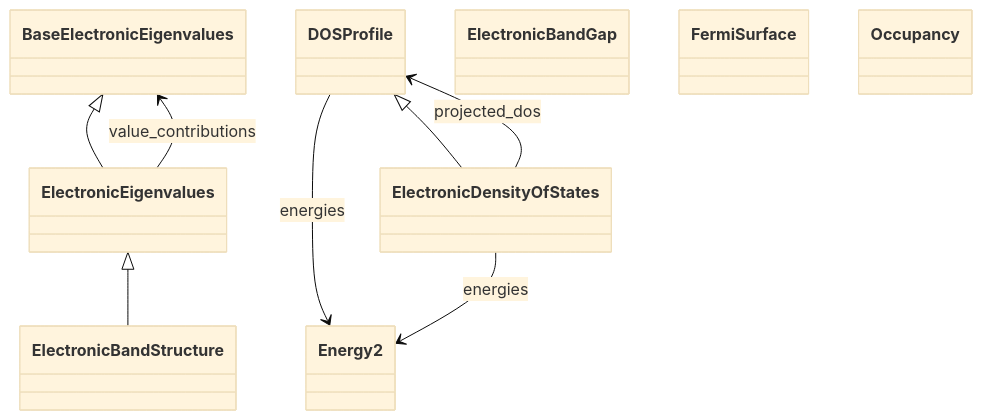
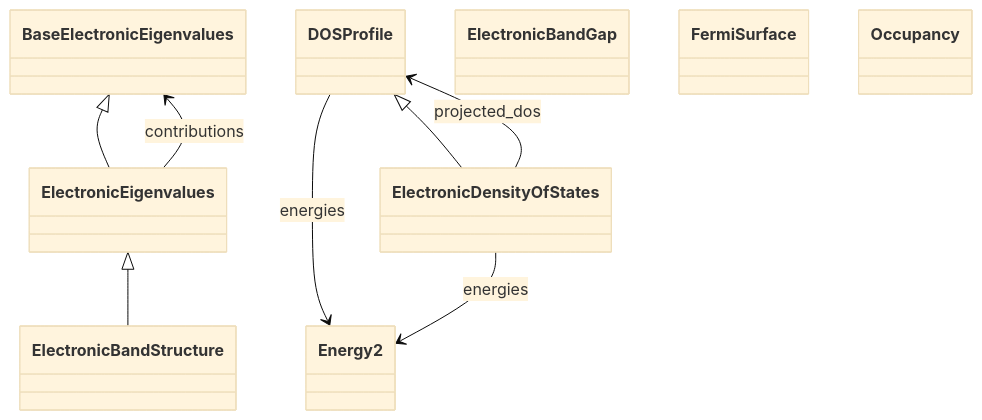
One commit to FAIRmat-NFDI/nomad-simulations changed the diagram in docs/schema/electronic_properties.diagram.md. Above: the diagram before and after it, drawn with Mermaid (base theme). The commit also changed other lines of this file and 41 other files, not shown here.

````diff
--- a/docs/schema/electronic_properties.diagram.md
+++ b/docs/schema/electronic_properties.diagram.md
@@ -16,28 +16,28 @@
 ```mermaid
 classDiagram
     class BaseElectronicEigenvalues {
     }
     class DOSProfile {
     }
     class ElectronicBandGap {
     }
     class ElectronicBandStructure {
     }
     class ElectronicDensityOfStates {
     }
     class ElectronicEigenvalues {
     }
     class Energy2 {
     }
     class FermiSurface {
     }
     class Occupancy {
     }
     ElectronicEigenvalues <|-- ElectronicBandStructure
     DOSProfile <|-- ElectronicDensityOfStates
     BaseElectronicEigenvalues <|-- ElectronicEigenvalues
     DOSProfile --> Energy2 : energies
     ElectronicDensityOfStates --> DOSProfile : projected_dos
     ElectronicDensityOfStates --> Energy2 : energies
-    ElectronicEigenvalues --> BaseElectronicEigenvalues : value_contributions
+    ElectronicEigenvalues --> BaseElectronicEigenvalues : contributions
 ```
````
